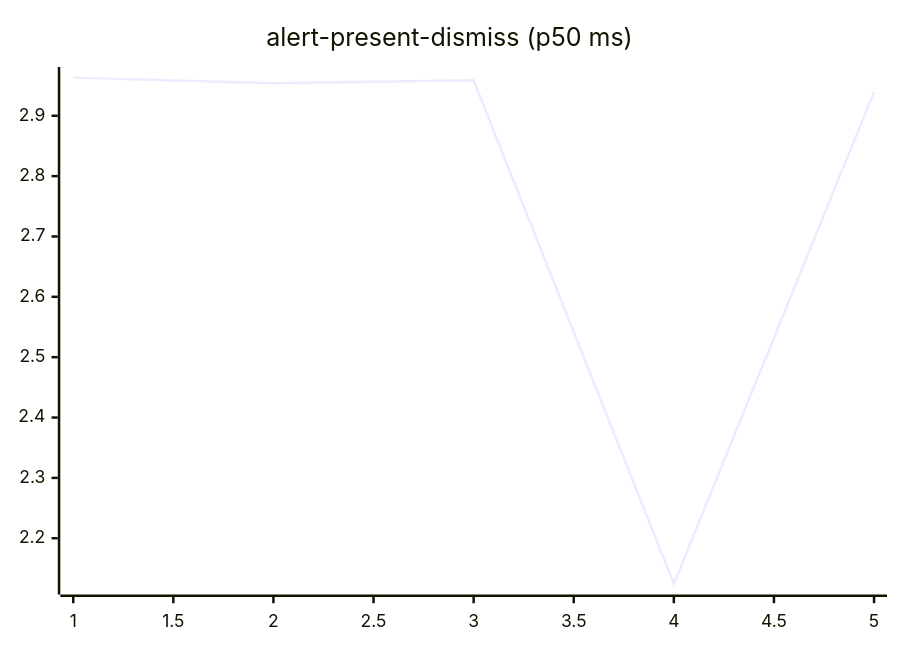
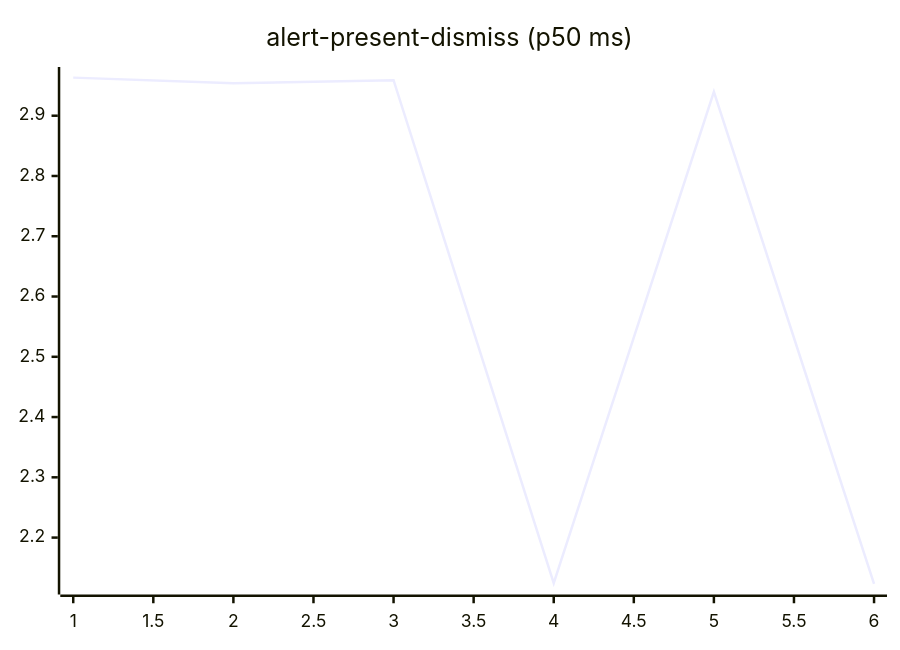
One commit to josha/Facet changed the second of 27 diagrams in README.md. Above: the diagram before and after it, drawn with Mermaid. The commit also changed other lines of this file and 2 other files, not shown here.

````diff
--- a/README.md
+++ b/README.md
@@ -70,6 +70,6 @@
 ```mermaid
 xychart-beta
     title "alert-present-dismiss (p50 ms)"
-    x-axis 1 --> 5
-    line [2.9632, 2.9538, 2.9589, 2.1244, 2.9396]
+    x-axis 1 --> 6
+    line [2.9632, 2.9538, 2.9589, 2.1244, 2.9396, 2.1232]
 ```
````
